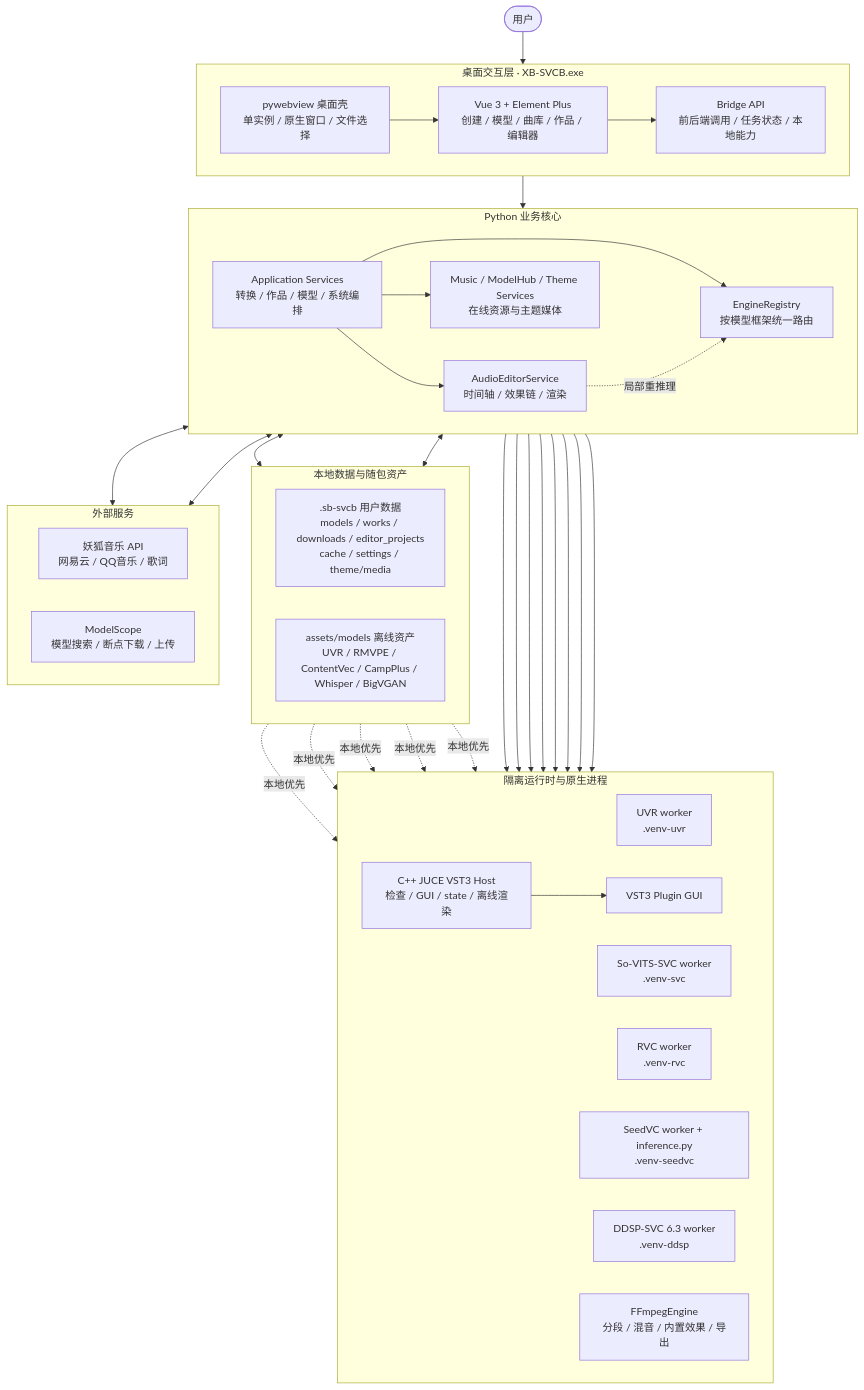
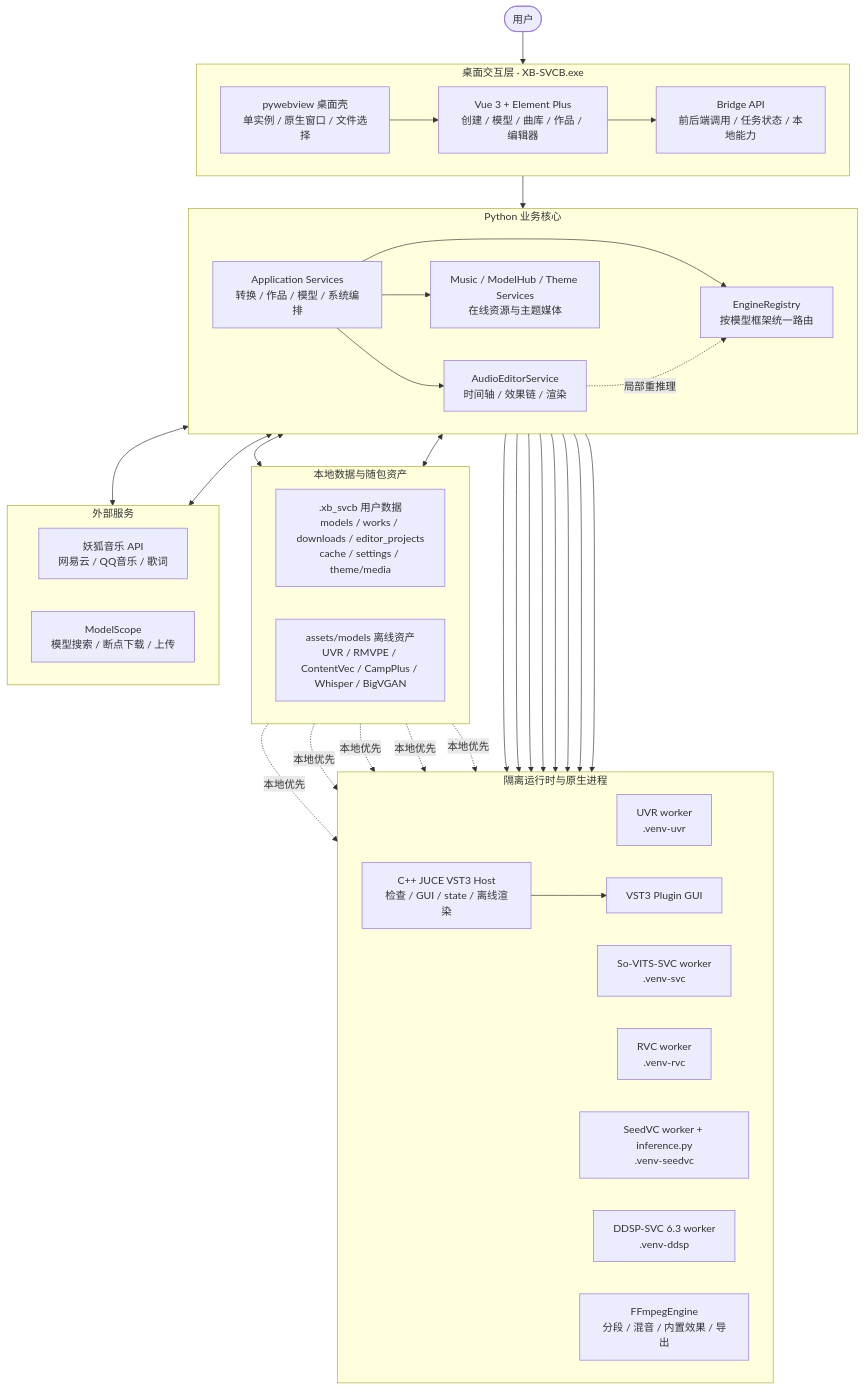
Before and after one commit to SDIJF1521/xb-svcb: the first of 3 diagrams in README.md, drawn with Mermaid. The commit also changed other lines of this file and 36 other files, not shown here.

````diff
--- a/README.md
+++ b/README.md
@@ -98,69 +98,69 @@
 ```mermaid
 flowchart TB
     USER([用户])
 
     subgraph DESKTOP["桌面交互层 · XB-SVCB.exe"]
         direction LR
         SHELL["pywebview 桌面壳<br/>单实例 / 原生窗口 / 文件选择"]
         WEB["Vue 3 + Element Plus<br/>创建 / 模型 / 曲库 / 作品 / 编辑器"]
         BRIDGE["Bridge API<br/>前后端调用 / 任务状态 / 本地能力"]
         SHELL --> WEB --> BRIDGE
     end
 
     subgraph CORE["Python 业务核心"]
         direction LR
         APP["Application Services<br/>转换 / 作品 / 模型 / 系统编排"]
         ROUTER["EngineRegistry<br/>按模型框架统一路由"]
         EDITOR["AudioEditorService<br/>时间轴 / 效果链 / 渲染"]
         CONNECT["Music / ModelHub / Theme Services<br/>在线资源与主题媒体"]
         APP --> ROUTER
         APP --> EDITOR
         APP --> CONNECT
     end
 
     subgraph RUNTIME["隔离运行时与原生进程"]
         direction LR
         UVR["UVR worker<br/>.venv-uvr"]
         SVC["So-VITS-SVC worker<br/>.venv-svc"]
         RVC["RVC worker<br/>.venv-rvc"]
         SEED["SeedVC worker + inference.py<br/>.venv-seedvc"]
         DDSP["DDSP-SVC 6.3 worker<br/>.venv-ddsp"]
         FFMPEG["FFmpegEngine<br/>分段 / 混音 / 内置效果 / 导出"]
         JUCE["C++ JUCE VST3 Host<br/>检查 / GUI / state / 离线渲染"]
         VST["VST3 Plugin GUI"]
         JUCE --> VST
     end
 
     subgraph STORAGE["本地数据与随包资产"]
         direction LR
-        DATA[".sb-svcb 用户数据<br/>models / works / downloads / editor_projects<br/>cache / settings / theme/media"]
+        DATA[".xb_svcb 用户数据<br/>models / works / downloads / editor_projects<br/>cache / settings / theme/media"]
         ASSETS["assets/models 离线资产<br/>UVR / RMVPE / ContentVec / CampPlus / Whisper / BigVGAN"]
     end
 
     subgraph ONLINE["外部服务"]
         direction LR
         MUSIC["妖狐音乐 API<br/>网易云 / QQ音乐 / 歌词"]
         HUB["ModelScope<br/>模型搜索 / 断点下载 / 上传"]
     end
 
     USER --> SHELL
     BRIDGE --> APP
     APP --> UVR
     APP --> FFMPEG
     ROUTER --> SVC
     ROUTER --> RVC
     ROUTER --> SEED
     ROUTER --> DDSP
     EDITOR --> FFMPEG
     EDITOR --> JUCE
     EDITOR -. 局部重推理 .-> ROUTER
     APP <--> DATA
     CONNECT <--> DATA
     CONNECT <--> MUSIC
     CONNECT <--> HUB
     ASSETS -. 本地优先 .-> UVR
     ASSETS -. 本地优先 .-> SVC
     ASSETS -. 本地优先 .-> RVC
     ASSETS -. 本地优先 .-> SEED
     ASSETS -. 本地优先 .-> DDSP
 ```
````
